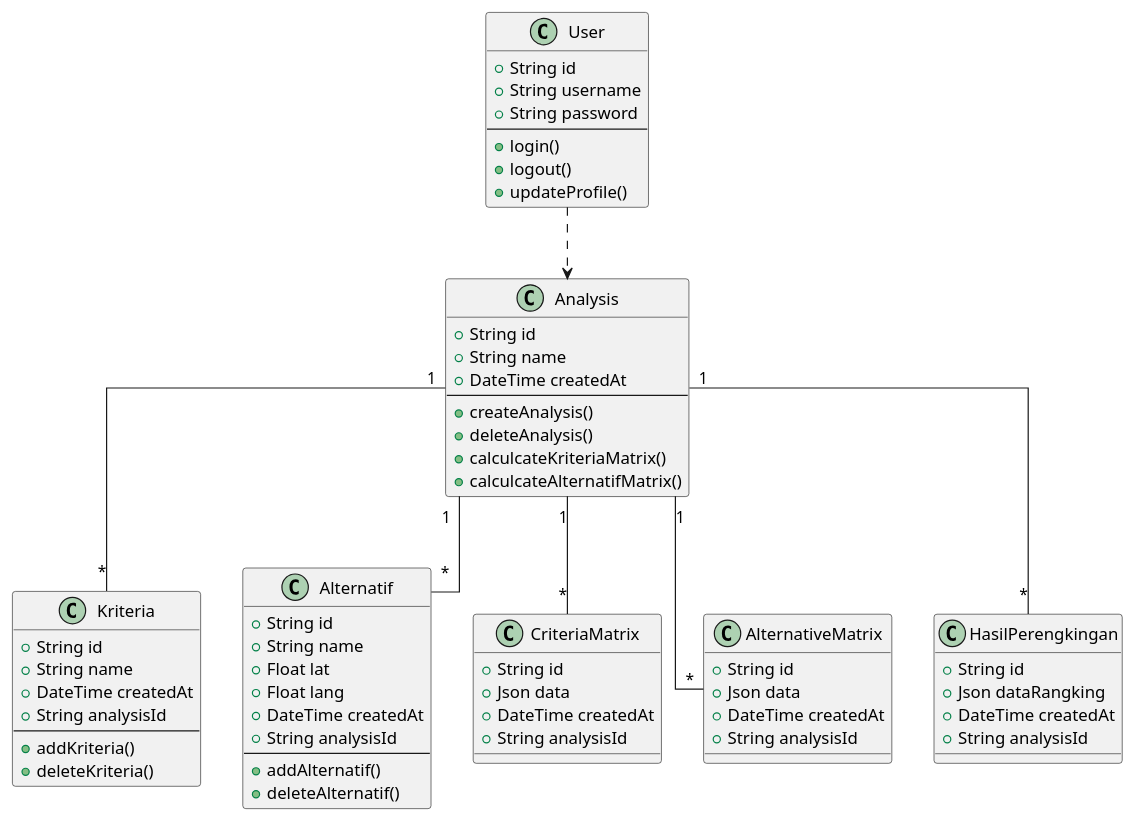
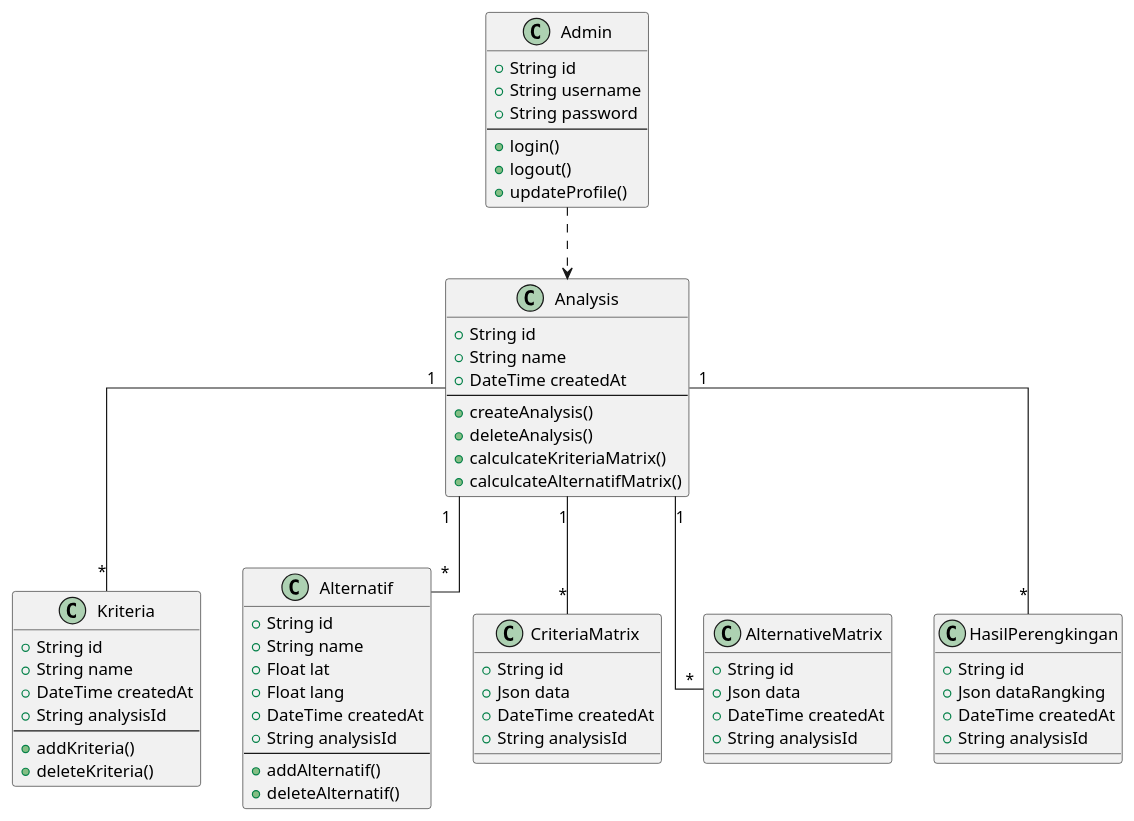
Before and after one commit to ren-zi-fa/spk-ahp-gis: the diagram in diagram/database.puml, drawn with PlantUML. The commit also changed 14 other files, not shown here.

```diff
--- a/diagram/database.puml
+++ b/diagram/database.puml
@@ -1,80 +1,80 @@
 @startuml
 ' Class Diagram My-SPK
 top to bottom direction
 skinparam linetype ortho
 
-class User {
+class Admin {
   +String id
   +String username
   +String password
   --
   +login()
   +logout()
   +updateProfile()
 }
 
 class Analysis {
   +String id
   +String name
   +DateTime createdAt
   --
   +createAnalysis()
   +deleteAnalysis()
   +calculcateKriteriaMatrix()
   +calculcateAlternatifMatrix()
 }
 
 class Kriteria {
   +String id
   +String name
   +DateTime createdAt
   +String analysisId
   --
   +addKriteria()
   +deleteKriteria()
 }
 
 class Alternatif {
   +String id
   +String name
   +Float lat
   +Float lang
   +DateTime createdAt
   +String analysisId
   --
   +addAlternatif()
   +deleteAlternatif()
 }
 
 class CriteriaMatrix {
   +String id
   +Json data
   +DateTime createdAt
   +String analysisId
 }
 
 class AlternativeMatrix {
   +String id
   +Json data
   +DateTime createdAt
   +String analysisId
 }
 
 class HasilPerengkingan {
   +String id
   +Json dataRangking
   +DateTime createdAt
   +String analysisId
 }
 
 
 ' Relationships
 
-User ..> Analysis
+Admin ..> Analysis
 Analysis "1" -- "*" Kriteria 
 Analysis "1" -- "*" Alternatif 
 Analysis "1" -- "*" CriteriaMatrix 
 Analysis "1" -- "*" AlternativeMatrix 
 Analysis "1" -- "*" HasilPerengkingan 
 
 @enduml
```
